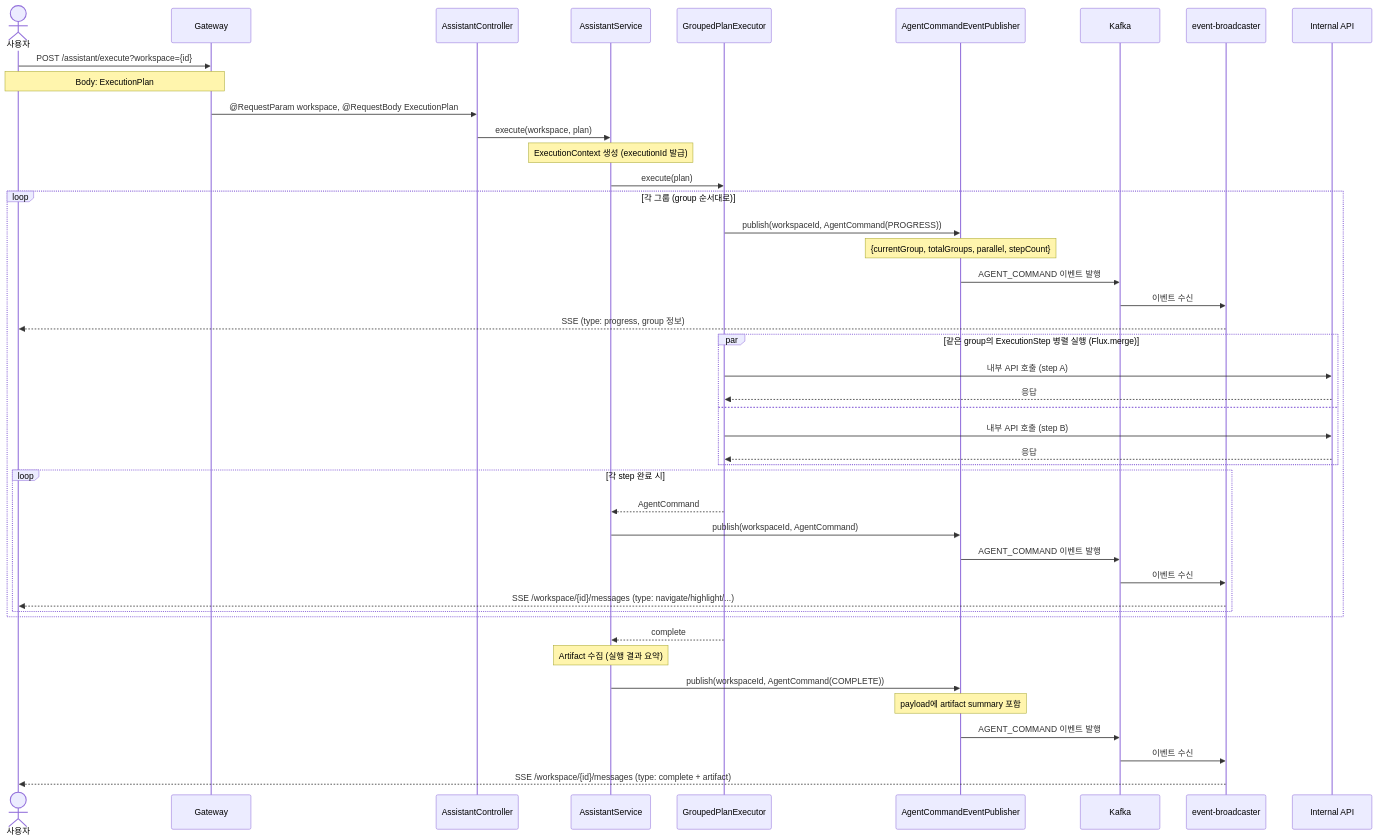
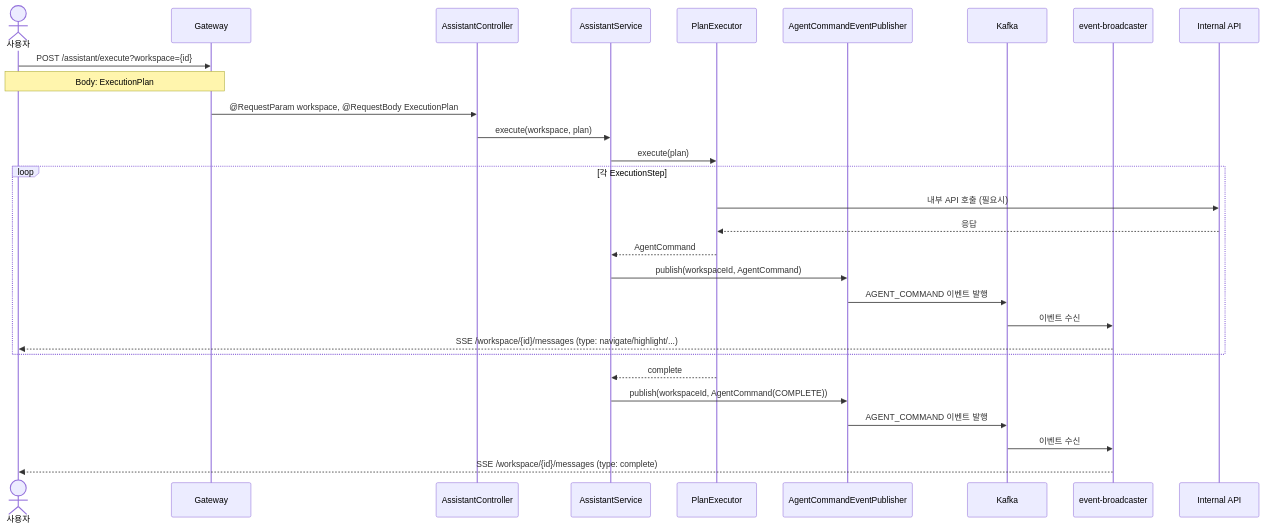
The third of 7 diagrams in assistant/USECASE.md (sayaya1090/handbook), drawn with Mermaid before and after one commit. The commit also changed other lines of this file and 645 other files, not shown here.

````diff
--- a/assistant/USECASE.md
+++ b/assistant/USECASE.md
@@ -63,51 +62,34 @@
 ```mermaid
 sequenceDiagram
     actor User as 사용자
     participant GW as Gateway
     participant Ctrl as AssistantController
     participant Svc as AssistantService
-    participant Exec as GroupedPlanExecutor
+    participant Exec as PlanExecutor
     participant Pub as AgentCommandEventPublisher
     participant K as Kafka
     participant EB as event-broadcaster
     participant API as Internal API
 
     User->>GW: POST /assistant/execute?workspace={id}
     Note over User,GW: Body: ExecutionPlan
     GW->>Ctrl: @RequestParam workspace, @RequestBody ExecutionPlan
     Ctrl->>Svc: execute(workspace, plan)
-    Note over Svc: ExecutionContext 생성 (executionId 발급)
     Svc->>Exec: execute(plan)
 
-    loop 각 그룹 (group 순서대로)
-        Exec->>Pub: publish(workspaceId, AgentCommand(PROGRESS))
-        Note over Pub: {currentGroup, totalGroups, parallel, stepCount}
+    loop 각 ExecutionStep
+        Exec->>API: 내부 API 호출 (필요시)
+        API-->>Exec: 응답
+        Exec-->>Svc: AgentCommand
+        Svc->>Pub: publish(workspaceId, AgentCommand)
         Pub->>K: AGENT_COMMAND 이벤트 발행
         K->>EB: 이벤트 수신
-        EB-->>User: SSE (type: progress, group 정보)
-
-        par 같은 group의 ExecutionStep 병렬 실행 (Flux.merge)
-            Exec->>API: 내부 API 호출 (step A)
-            API-->>Exec: 응답
-        and
-            Exec->>API: 내부 API 호출 (step B)
-            API-->>Exec: 응답
-        end
-
-        loop 각 step 완료 시
-            Exec-->>Svc: AgentCommand
-            Svc->>Pub: publish(workspaceId, AgentCommand)
-            Pub->>K: AGENT_COMMAND 이벤트 발행
-            K->>EB: 이벤트 수신
-            EB-->>User: SSE /workspace/{id}/messages (type: navigate/highlight/...)
-        end
+        EB-->>User: SSE /workspace/{id}/messages (type: navigate/highlight/...)
     end
 
     Exec-->>Svc: complete
-    Note over Svc: Artifact 수집 (실행 결과 요약)
     Svc->>Pub: publish(workspaceId, AgentCommand(COMPLETE))
-    Note over Pub: payload에 artifact summary 포함
     Pub->>K: AGENT_COMMAND 이벤트 발행
     K->>EB: 이벤트 수신
-    EB-->>User: SSE /workspace/{id}/messages (type: complete + artifact)
+    EB-->>User: SSE /workspace/{id}/messages (type: complete)
 ```
````
